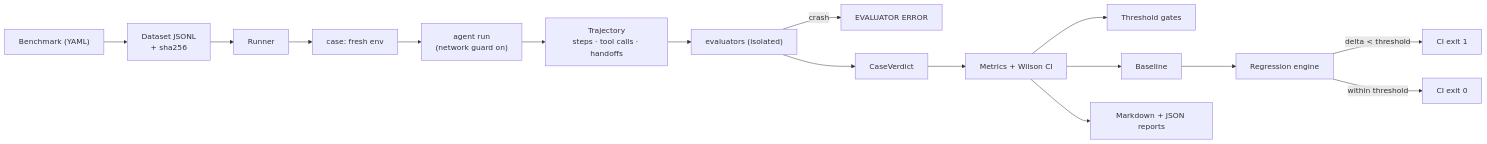
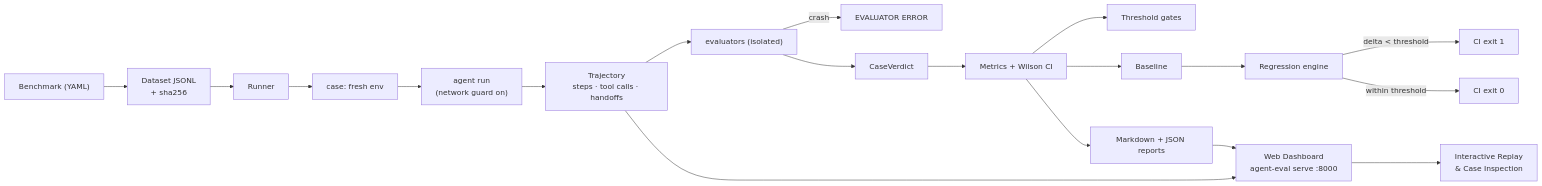
One commit to AdilShamim8/Agentic-AI-Eval-Harness changed the diagram in diagrams/eval-pipeline.mmd. Above: the diagram before and after it, drawn with Mermaid. The commit also changed other lines of this file, not shown here.

Commit message:
diagrams: update eval-pipeline with web dashboard case inspection

```diff
--- a/diagrams/eval-pipeline.mmd
+++ b/diagrams/eval-pipeline.mmd
@@ -1,16 +1,18 @@
 flowchart LR
     B["Benchmark (YAML)"] --> D["Dataset JSONL<br/>+ sha256"]
     D --> R["Runner"]
     R --> C1["case: fresh env"]
     C1 --> A["agent run<br/>(network guard on)"]
     A --> T["Trajectory<br/>steps · tool calls · handoffs"]
     T --> E1["evaluators (isolated)"]
     E1 -->|"crash"| EE["EVALUATOR ERROR"]
     E1 --> V["CaseVerdict"]
     V --> M["Metrics + Wilson CI"]
     M --> G["Threshold gates"]
     M --> BASE["Baseline"]
     BASE --> RG["Regression engine"]
     RG -->|"delta < threshold"| FAIL["CI exit 1"]
     RG -->|"within threshold"| OK2["CI exit 0"]
     M --> REP["Markdown + JSON reports"]
+    REP & T --> DASH["Web Dashboard<br/>agent-eval serve :8000"]
+    DASH --> UI["Interactive Replay<br/>& Case Inspection"]
```
